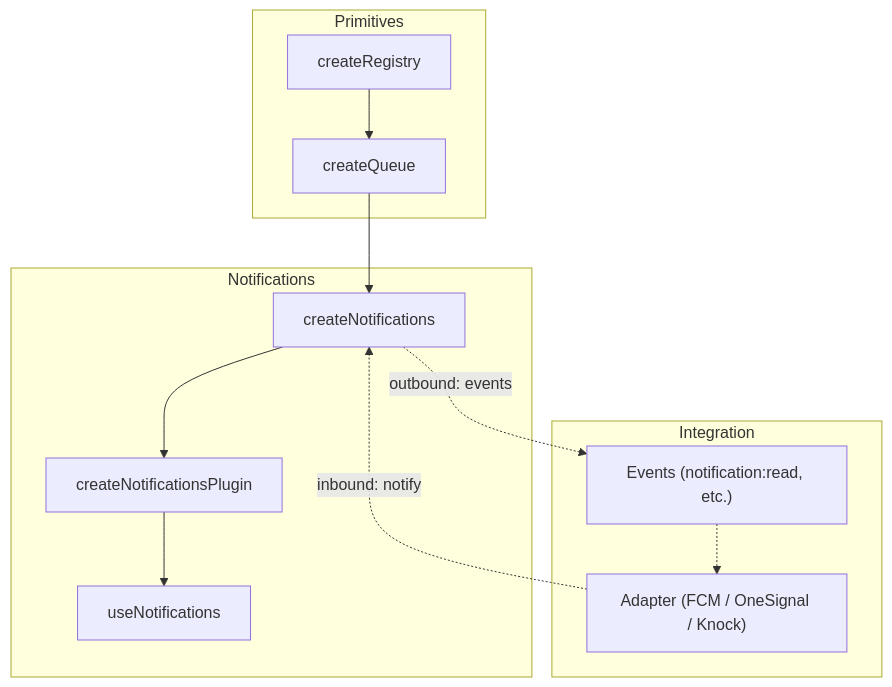
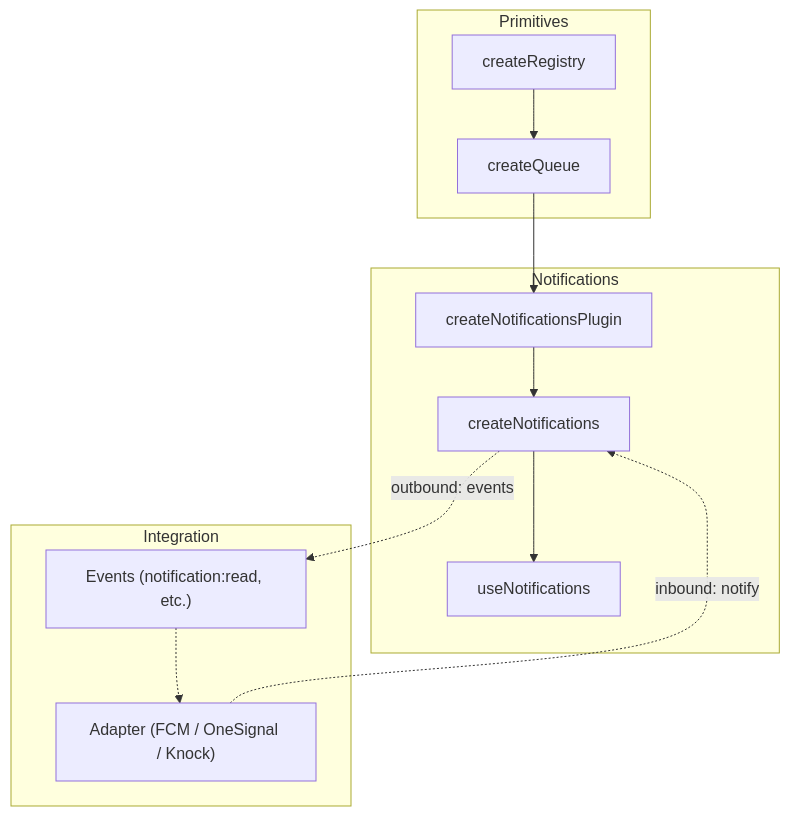
The diagram in apps/docs/src/pages/composables/plugins/use-notifications.md (vuetifyjs/0), drawn with Mermaid before and after one commit. The commit also changed other lines of this file and 1 other file, not shown here.

````diff
--- a/apps/docs/src/pages/composables/plugins/use-notifications.md
+++ b/apps/docs/src/pages/composables/plugins/use-notifications.md
@@ -89,26 +80,26 @@
 ```mermaid "Notification Architecture"
 flowchart TB
   subgraph Primitives
     Registry[createRegistry]
     Queue[createQueue]
   end
 
   subgraph Notifications
     Core[createNotifications]
     Plugin[createNotificationsPlugin]
     Use[useNotifications]
   end
 
   subgraph Integration
     Adapter["Adapter (FCM / OneSignal / Knock)"]
     Events["Events (notification:read, etc.)"]
   end
 
   Registry --> Queue
-  Queue --> Core
-  Core --> Plugin
-  Plugin --> Use
+  Queue --> Plugin
+  Plugin --> Core
+  Core --> Use
   Adapter -.->|inbound: notify| Core
   Core -.->|outbound: events| Events
   Events -.-> Adapter
 ```
````
